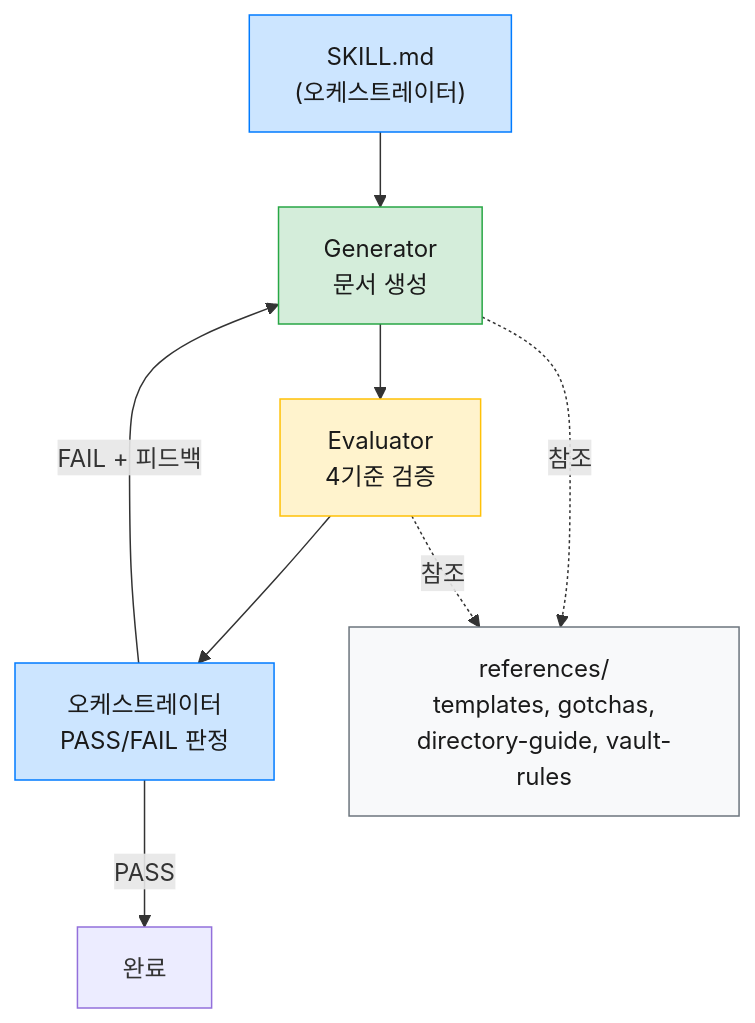
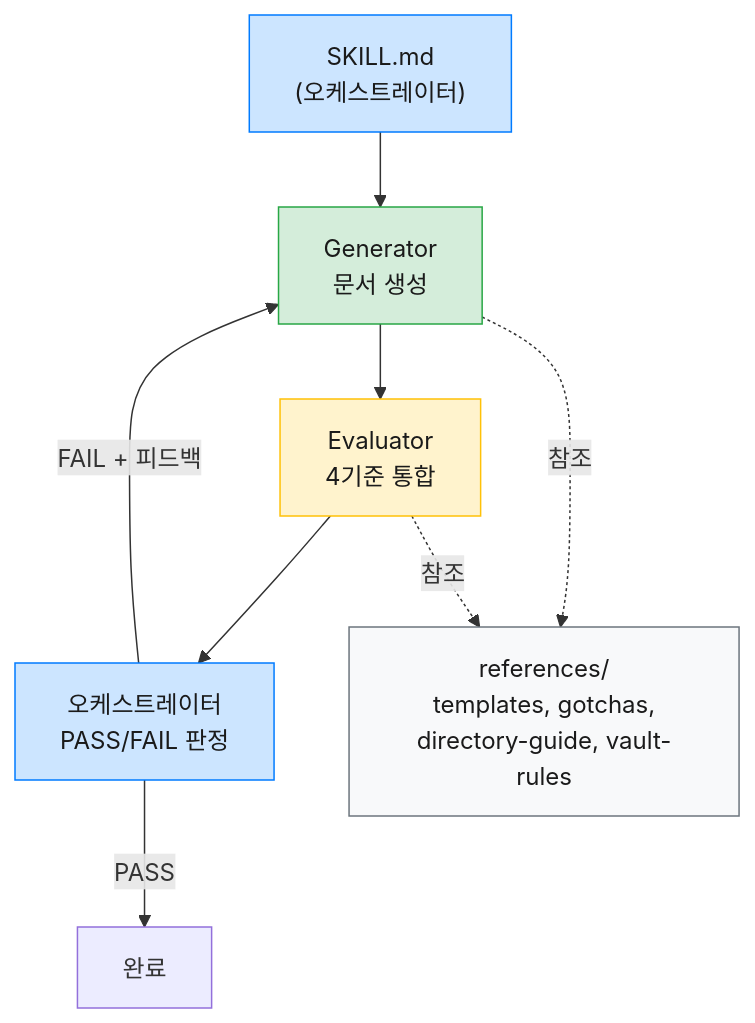
Before and after one commit to Epikoding/epikoding.github.io: the second of 6 diagrams in _posts/2026-03-27-claude-code-note-skill-harness-pattern-guide.md, drawn with Mermaid. The commit also changed other lines of this file, not shown here.

Commit message:
blog: round 3 - CC 피드백 반영 (4기준 통합 통일, Phase 3 본문 설명 추가)

````diff
--- a/_posts/2026-03-27-claude-code-note-skill-harness-pattern-guide.md
+++ b/_posts/2026-03-27-claude-code-note-skill-harness-pattern-guide.md
@@ -116,21 +116,21 @@
 ```mermaid
 flowchart TB
     classDef orchestrator fill:#cce5ff,stroke:#007bff,color:#1a1a1a
     classDef generator fill:#d4edda,stroke:#28a745,color:#1a1a1a
     classDef evaluator fill:#fff3cd,stroke:#ffc107,color:#1a1a1a
     classDef reference fill:#f8f9fa,stroke:#6c757d,color:#1a1a1a
 
     SKILL["SKILL.md<br/>(오케스트레이터)"]:::orchestrator
     GEN["Generator<br/>문서 생성"]:::generator
-    EVAL["Evaluator<br/>4기준 검증"]:::evaluator
+    EVAL["Evaluator<br/>4기준 통합"]:::evaluator
     JUDGE["오케스트레이터<br/>PASS/FAIL 판정"]:::orchestrator
     REF["references/<br/>templates, gotchas,<br/>directory-guide, vault-rules"]:::reference
 
     SKILL --> GEN
     GEN --> EVAL
     EVAL --> JUDGE
     JUDGE -->|PASS| DONE["완료"]
     JUDGE -->|FAIL + 피드백| GEN
     GEN -.->|참조| REF
     EVAL -.->|참조| REF
 ```
````
